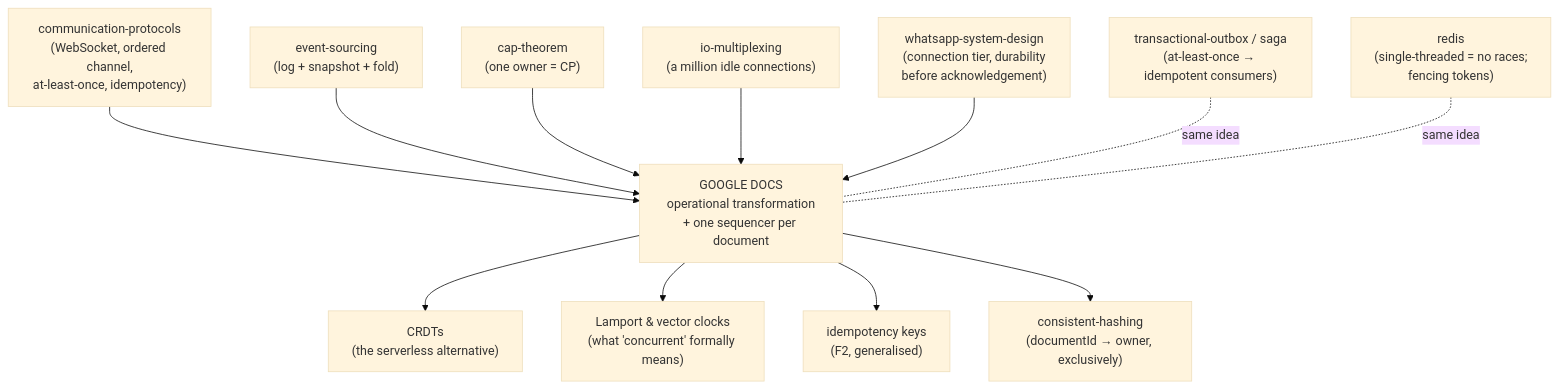
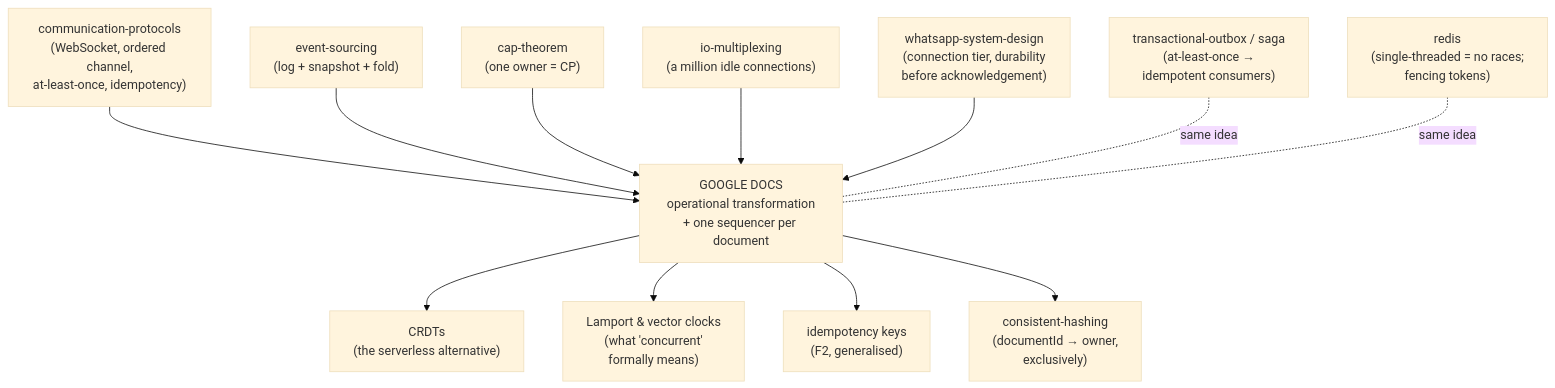
Before and after one commit to ravivarmachaluvadi/Learning: the fifth of 5 diagrams in 71-google-docs-system-design/README.md, drawn with Mermaid (base theme). The commit also changed other lines of this file, not shown here.

First line of the commit message:
Rewrite google-docs-system-design for delivery

````diff
--- a/71-google-docs-system-design/README.md
+++ b/71-google-docs-system-design/README.md
@@ -1319,15 +1789,15 @@
 ```mermaid
 flowchart TB
-    CP["communication-protocols<br/>(WebSocket, ordered channel,<br/>at-least-once, idempotency)"] --> GD
-    ES["event-sourcing<br/>(log + snapshot + fold)"] --> GD
-    CAP["cap-theorem<br/>(one owner = CP)"] --> GD
-    IO["io-multiplexing<br/>(a million idle connections)"] --> GD
-    WA["whatsapp-system-design<br/>(connection tier, durability<br/>before acknowledgement)"] --> GD
-    GD["GOOGLE DOCS<br/>operational transformation<br/>+ one sequencer per document"]
-    GD --> CRDT["CRDTs<br/>(the serverless alternative)"]
-    GD --> LC["Lamport & vector clocks<br/>(what 'concurrent' formally means)"]
-    GD --> IDEM["idempotency keys<br/>(F2, generalised)"]
-    GD --> LB["consistent-hashing<br/>(documentId → owner, exclusively)"]
-    OUT["transactional-outbox / saga<br/>(at-least-once → idempotent consumers)"] -.same idea.- GD
-    RD["redis<br/>(single-threaded = no races;<br/>fencing tokens)"] -.same idea.- GD
+    CP["communication-protocols<br>(WebSocket, ordered channel,<br>at-least-once, idempotency)"] --> GD
+    ES["event-sourcing<br>(log + snapshot + fold)"] --> GD
+    CAP["cap-theorem<br>(one owner = CP)"] --> GD
+    IO["io-multiplexing<br>(a million idle connections)"] --> GD
+    WA["whatsapp-system-design<br>(connection tier, durability<br>before acknowledgement)"] --> GD
+    GD["GOOGLE DOCS<br>operational transformation<br>+ one sequencer per document"]
+    GD --> CRDT["CRDTs<br>(the serverless alternative)"]
+    GD --> LC["Lamport & vector clocks<br>(what 'concurrent'<br>formally means)"]
+    GD --> IDEM["idempotency keys<br>(F2, generalised)"]
+    GD --> LB["consistent-hashing<br>(documentId → owner,<br>exclusively)"]
+    OUT["transactional-outbox / saga<br>(at-least-once →<br>idempotent consumers)"] -.same idea.- GD
+    RD["redis<br>(single-threaded = no races;<br>fencing tokens)"] -.same idea.- GD
 ```
````
